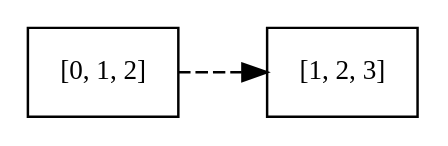
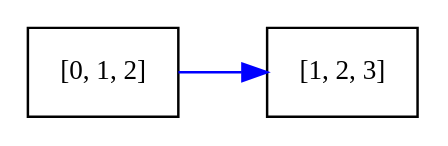
The diagram in dot/map-three.dot (fluid-org/approx-diff), drawn with Graphviz before and after one commit. The commit also changed 3 other files, not shown here.

```diff
--- a/dot/map-three.dot
+++ b/dot/map-three.dot
@@ -1,6 +1,6 @@
 digraph G {
   rankdir=LR;
   n0 [shape=box, fontsize=11, label="[0, 1, 2]"];
   n1 [shape=box, fontsize=11, label="[1, 2, 3]"];
-  n0 -> n1 [style=dashed];
+  n0 -> n1 [color=blue];
 }
```
